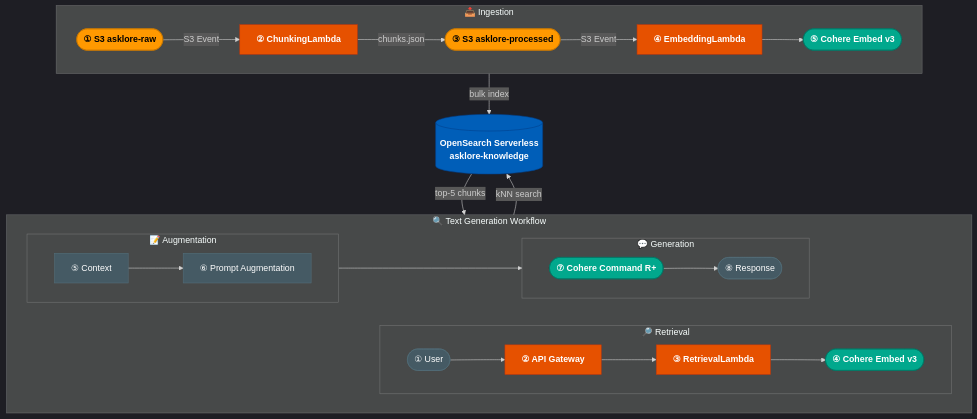
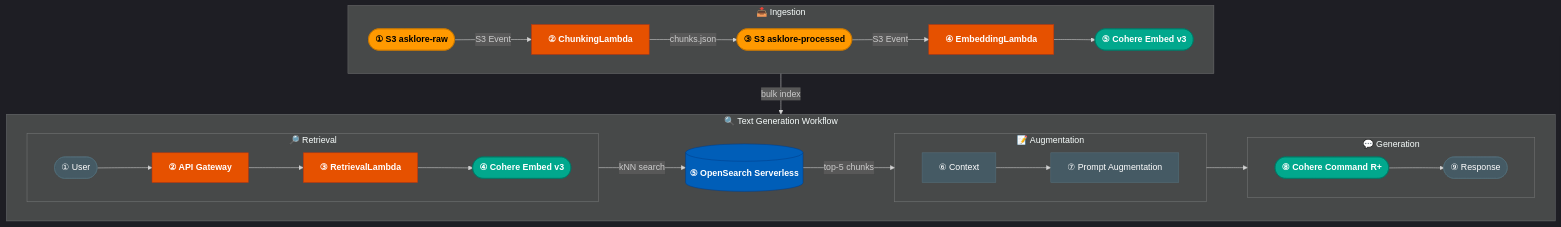
Before and after one commit to Sunilrana1978/AskLore: the diagram in README.md, drawn with Mermaid.

Commit message:
Move OpenSearch inside QRY subgraph to show Retrieval→Augmentation link
VS node placed between RET and AUG sub-panels so Mermaid's LR layout
renders the full chain: Retrieval ④ → ⑤ OpenSearch → Augmentation ⑥.
Renumbered query steps ①–⑨ to include OpenSearch as step ⑤.

````diff
--- a/README.md
+++ b/README.md
@@ -9,38 +9,37 @@
 ```mermaid
 %%{init: {'theme': 'dark'}}%%
 flowchart TB
 
     classDef s3      fill:#FF9900,stroke:#cc7a00,color:#000,font-weight:bold
     classDef lambda  fill:#E65100,stroke:#bf360c,color:#fff,font-weight:bold
     classDef bedrock fill:#01A88D,stroke:#007a67,color:#fff,font-weight:bold
     classDef os      fill:#005EB8,stroke:#003f8a,color:#fff,font-weight:bold
     classDef ext     fill:#455A64,stroke:#546E7A,color:#fff
 
     subgraph QRY["🔍 Text Generation Workflow"]
         direction LR
         subgraph RET["🔎 Retrieval"]
             direction LR
             USR(["① User"]):::ext --> GW["② API Gateway"]:::lambda --> RL["③ RetrievalLambda"]:::lambda --> CE2(["④ Cohere Embed v3"]):::bedrock
         end
+        VS[("⑤ OpenSearch Serverless")]:::os
         subgraph AUG["📝 Augmentation"]
             direction LR
-            CTX["⑤ Context"]:::ext --> PA["⑥ Prompt Augmentation"]:::ext
+            CTX["⑥ Context"]:::ext --> PA["⑦ Prompt Augmentation"]:::ext
         end
         subgraph GEN["💬 Generation"]
             direction LR
-            LLM(["⑦ Cohere Command R+"]):::bedrock --> RESP(["⑧ Response"]):::ext
+            LLM(["⑧ Cohere Command R+"]):::bedrock --> RESP(["⑨ Response"]):::ext
         end
+        CE2 -->|kNN search| VS
+        VS -->|top-5 chunks| CTX
         PA --> LLM
     end
-
-    VS[("OpenSearch Serverless\nasklore-knowledge")]:::os
 
     subgraph ING["📥 Ingestion"]
         direction LR
         DS(["① S3 asklore-raw"]):::s3 -->|S3 Event| CL["② ChunkingLambda"]:::lambda -->|chunks.json| PROC(["③ S3 asklore-processed"]):::s3 -->|S3 Event| EL["④ EmbeddingLambda"]:::lambda --> CE1(["⑤ Cohere Embed v3"]):::bedrock
     end
 
-    CE2 -->|kNN search| VS
-    VS -->|top-5 chunks| CTX
     CE1 -->|bulk index| VS
 ```
````
